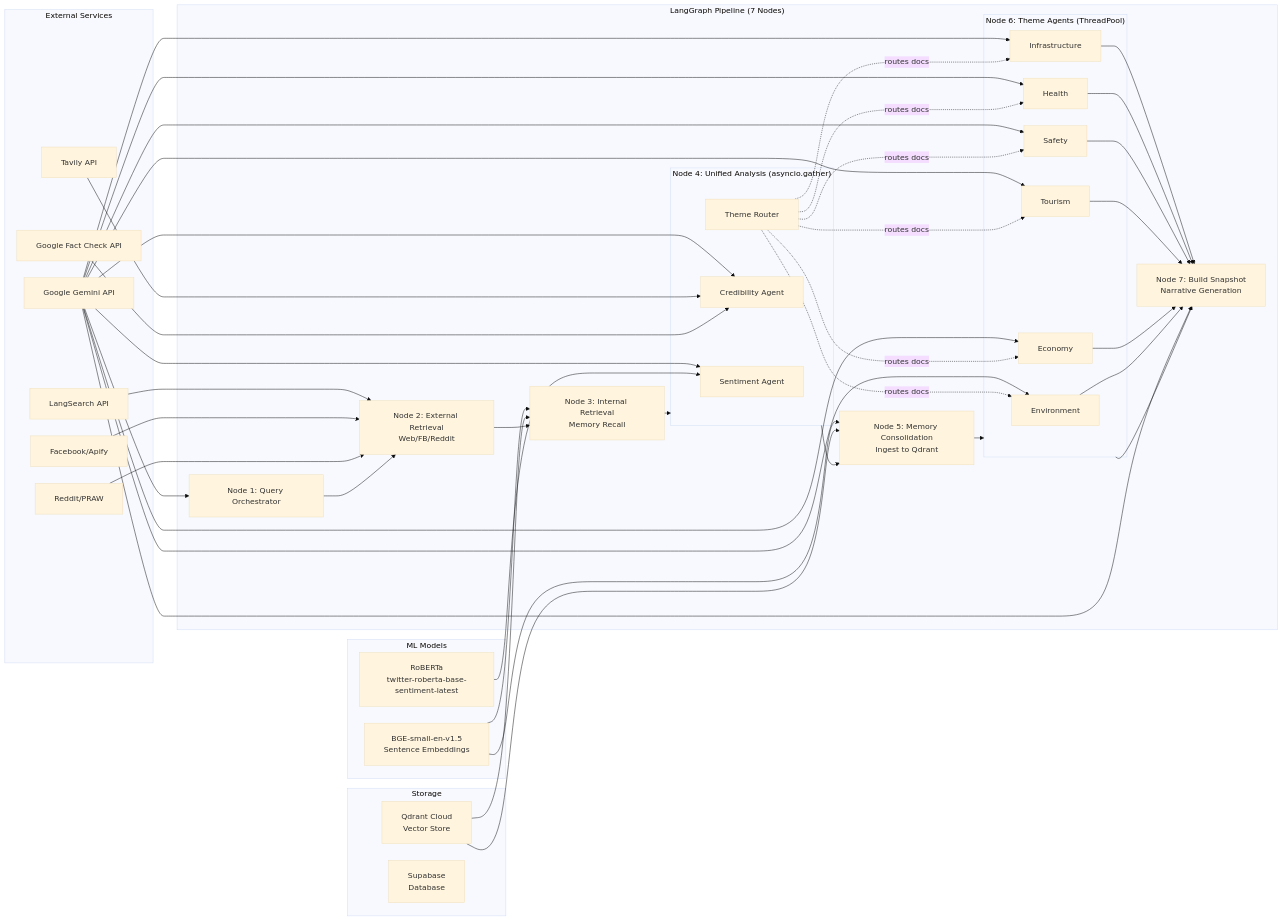
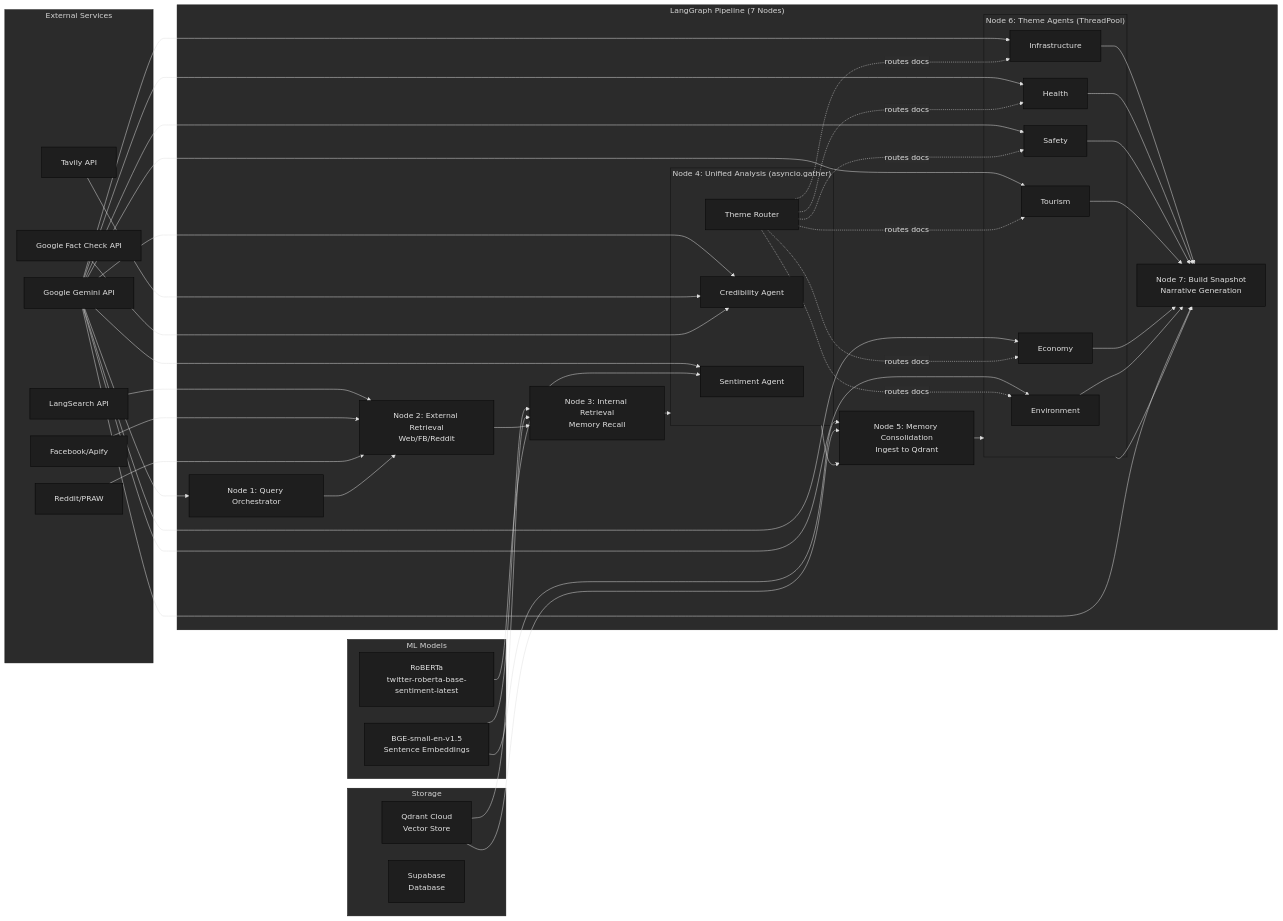
Before and after one commit to donyelqt/Hinaing: the third of 8 diagrams in docs/ARCHITECTURE.md, drawn with Mermaid. The commit also changed other lines of this file, not shown here.

Commit message:
docs(architecture): add dark theme color configurations to Mermaid diagrams

````diff
--- a/docs/ARCHITECTURE.md
+++ b/docs/ARCHITECTURE.md
@@ -297,7 +307,11 @@
 ```mermaid
 %%{init: {'theme': 'base', 'themeVariables': { 
+  'primaryColor': '#1e1e1e',
+  'primaryTextColor': '#e0e0e0',
+  'secondaryColor': '#2d2d2d',
   'primaryFontSize': '16px',
-  'secondaryFontSize': '13px'
+  'secondaryFontSize': '13px',
+  'lineColor': '#e0e0e0'
  }, 'flowchart': {
   'padding': 20,
   'nodeSpacing': 35,
````
